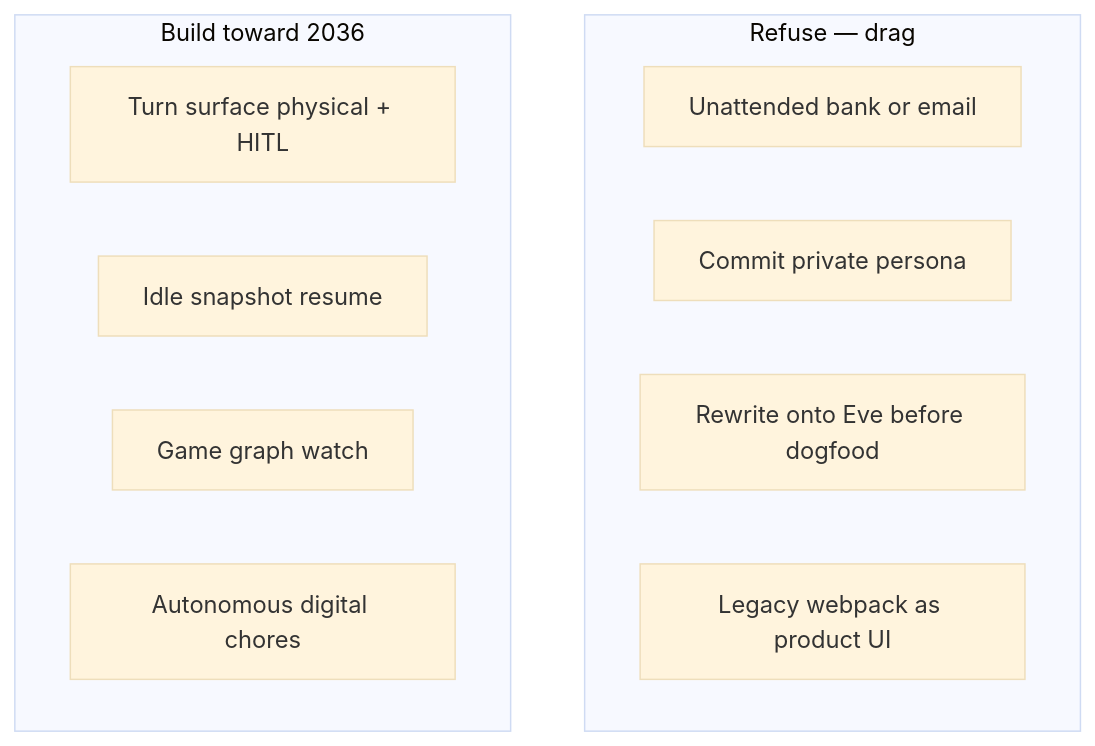
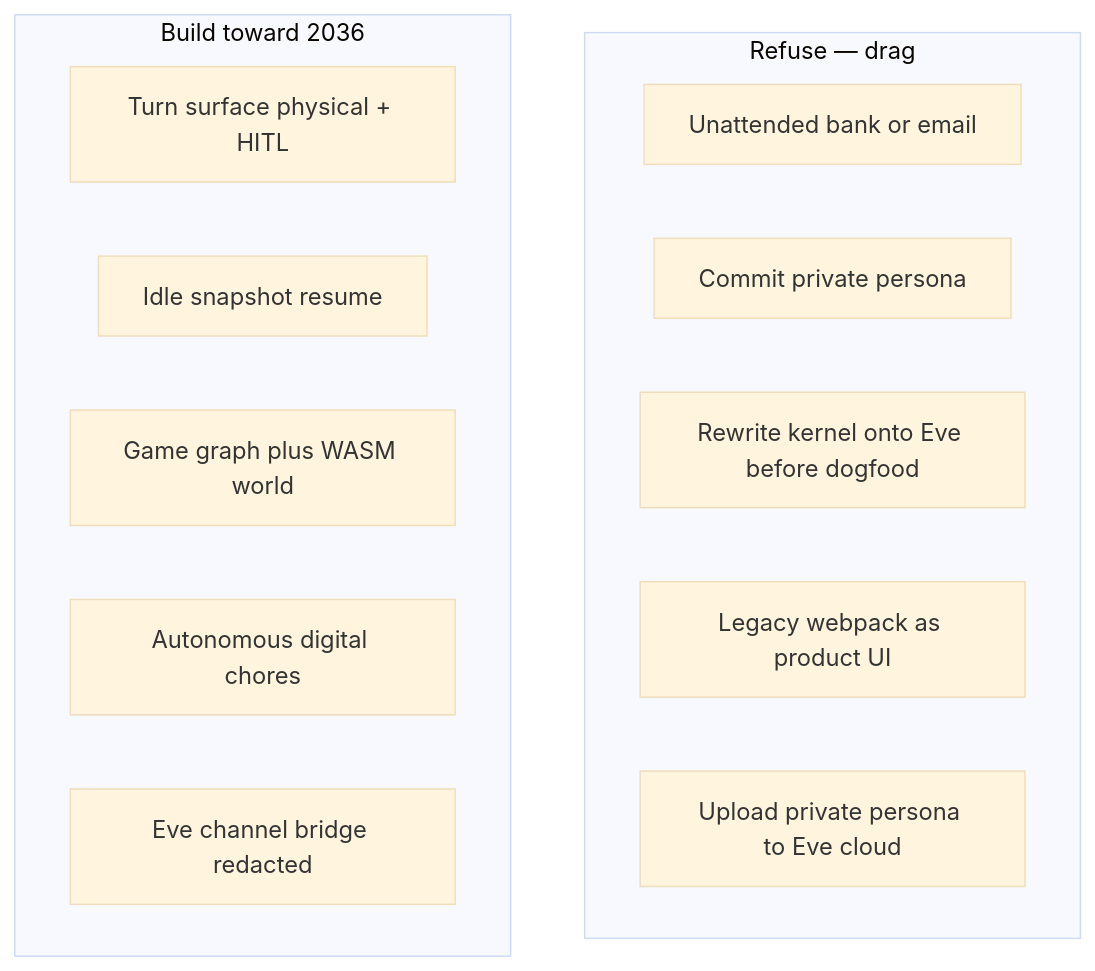
Before and after one commit to thecuriousts/ensembly: the fifth of 13 diagrams in docs/arch-design/coming-next.md, drawn with Mermaid (base theme). The commit also changed other lines of this file and 7 other files, not shown here.

First line of the commit message:
Document Eve bridge fit and refresh Game of Peram docs.

````diff
--- a/docs/arch-design/coming-next.md
+++ b/docs/arch-design/coming-next.md
@@ -170,15 +174,17 @@
 ```mermaid
 flowchart TD
   subgraph avoid["Refuse — drag"]
     A1[Unattended bank or email]
     A2[Commit private persona]
-    A3[Rewrite onto Eve before dogfood]
+    A3[Rewrite kernel onto Eve before dogfood]
     A4[Legacy webpack as product UI]
+    A5[Upload private persona to Eve cloud]
   end
   subgraph build["Build toward 2036"]
     B1[Turn surface physical + HITL]
     B2[Idle snapshot resume]
-    B3[Game graph watch]
+    B3[Game graph plus WASM world]
     B4[Autonomous digital chores]
+    B5[Eve channel bridge redacted]
   end
 ```
````
